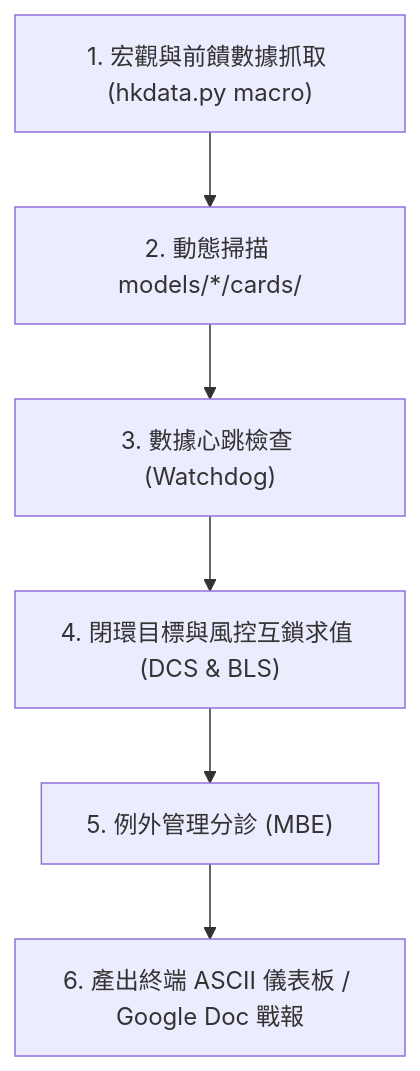
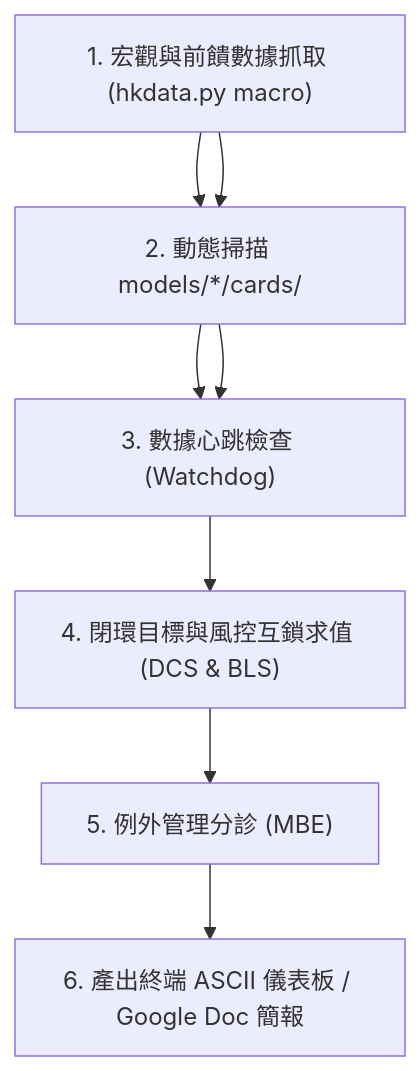
The diagram in .claude/workflows/portfolio-patrol.md (HachiTsai/Investment_Tracker), drawn with Mermaid before and after one commit. The commit also changed other lines of this file and 10 other files, not shown here.

````diff
--- a/.claude/workflows/portfolio-patrol.md
+++ b/.claude/workflows/portfolio-patrol.md
@@ -17,8 +17,13 @@
 ```mermaid
 flowchart TD
     A["1. 宏觀與前饋數據抓取 (hkdata.py macro)"] --> B["2. 動態掃描 models/*/cards/"]
     B --> C["3. 數據心跳檢查 (Watchdog)"]
-    C --> D["4. 閉環目標與風控互鎖求值 (DCS & BLS)"]
-    D --> E["5. 例外管理分診 (MBE)"]
-    E --> F["6. 產出終端 ASCII 儀表板 / Google Doc 戰報"]
+    D["4. 閉環目標與風控互鎖求值 (DCS & BLS)"]
+    E["5. 例外管理分診 (MBE)"]
+    F["6. 產出終端 ASCII 儀表板 / Google Doc 簡報"]
+    A --> B
+    B --> C
+    C --> D
+    D --> E
+    E --> F
 ```
````
